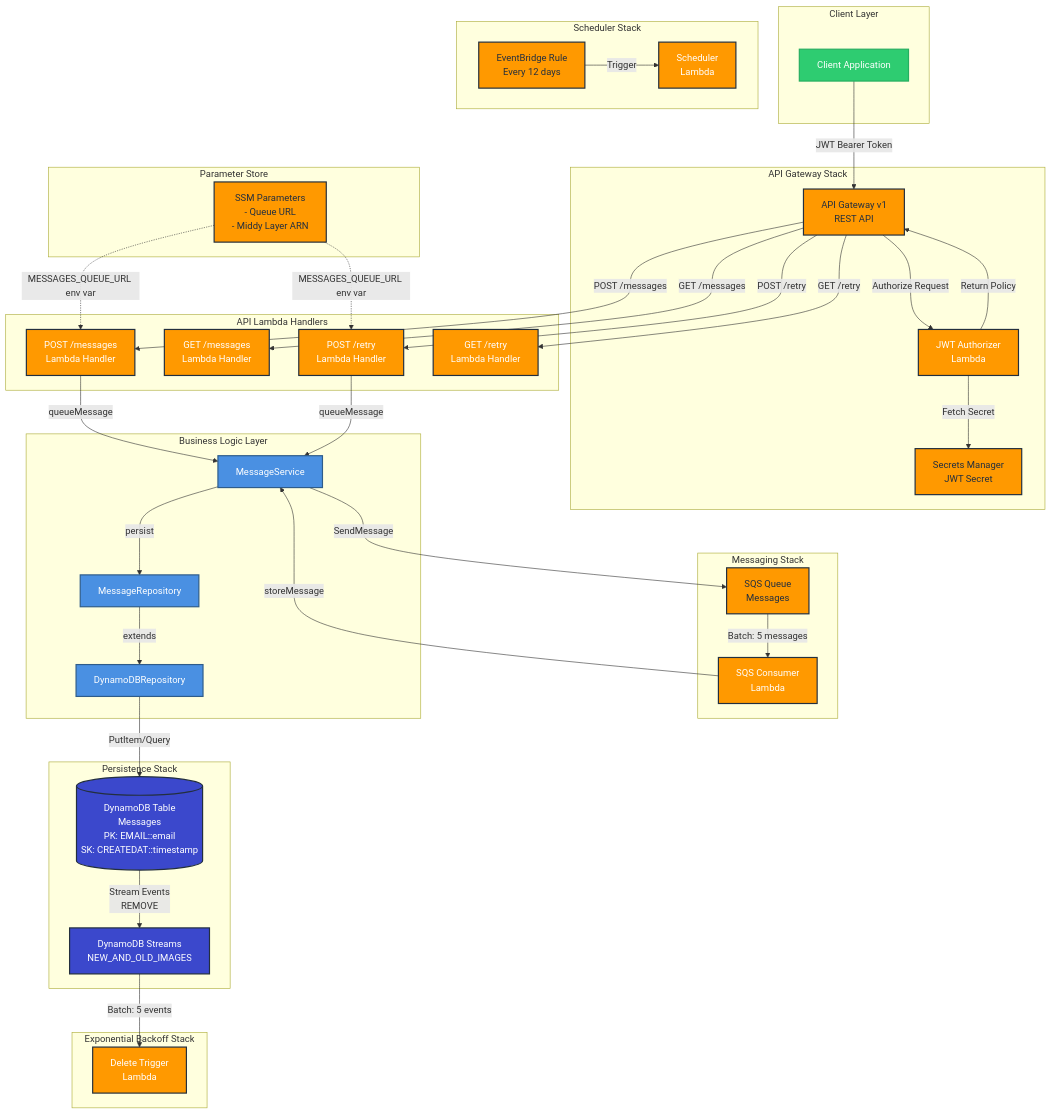
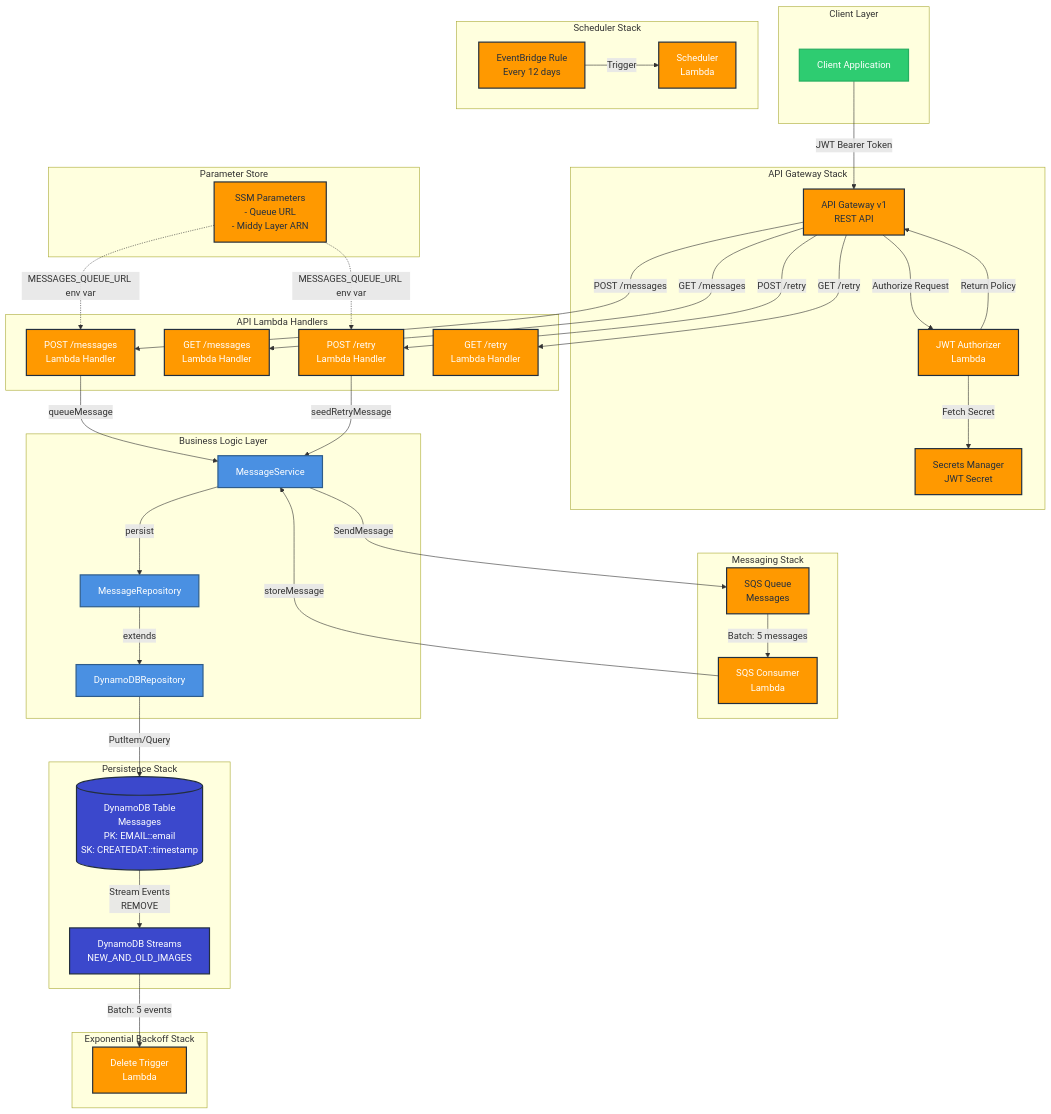
One commit to rawlinja/serverless-message-retry-cdk changed the first of 2 diagrams in docs/ARCHITECTURE.md. Above: the diagram before and after it, drawn with Mermaid. The commit also changed other lines of this file and 1 other file, not shown here.

Commit message:
docs(architecture): align retry endpoint docs with DynamoDB seed flow

```diff
--- a/docs/ARCHITECTURE.md
+++ b/docs/ARCHITECTURE.md
@@ -66,7 +66,7 @@
 
     %% API Handlers to MessageService
     PostMsg -->|queueMessage| MS
-    PostRetry -->|queueMessage| MS
+    PostRetry -->|seedRetryMessage| MS
 
     %% MessageService to SQS
     MS -->|SendMessage| SQS
```
